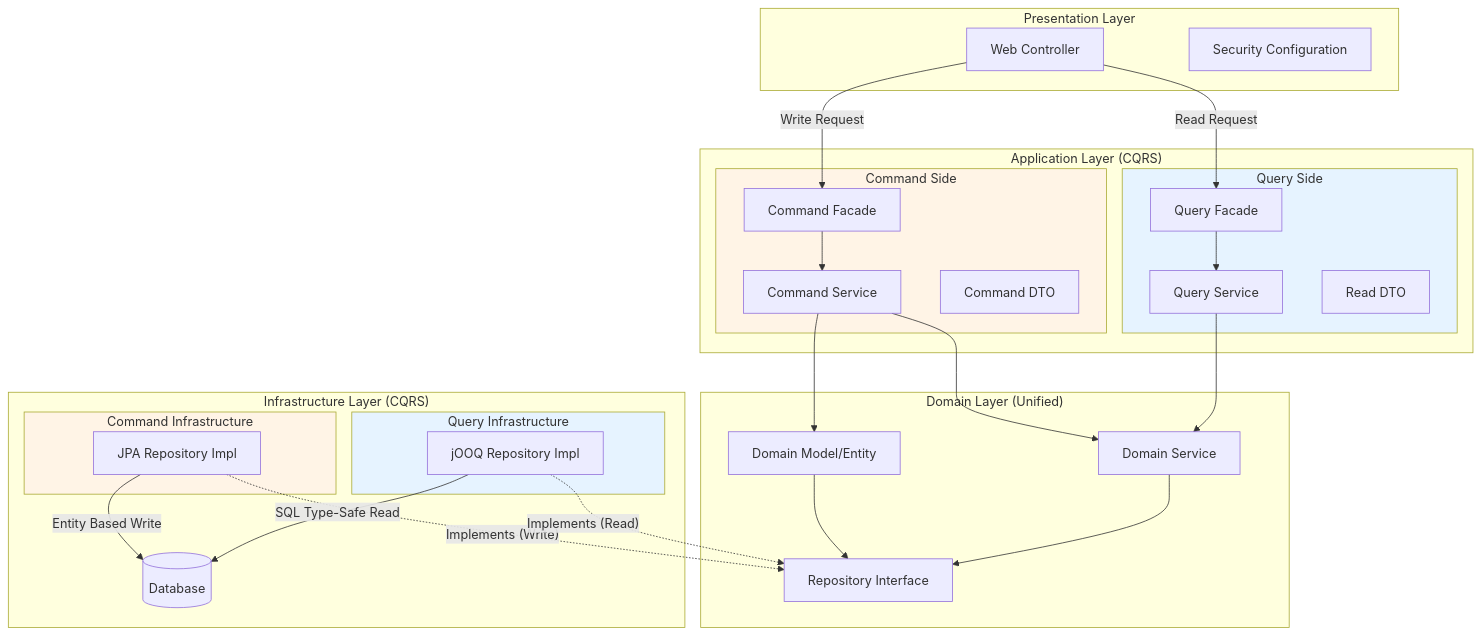
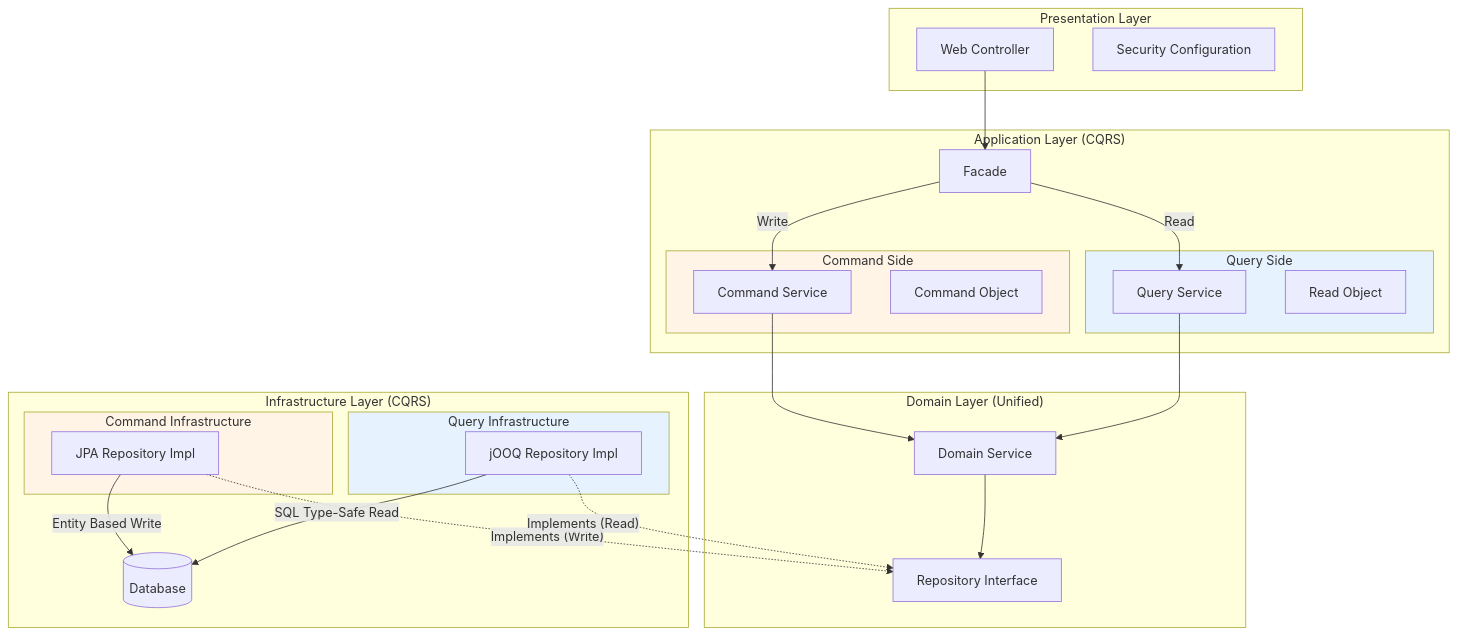
The first of 4 diagrams in README.md (PKNU-CERT-IS/BE), drawn with Mermaid before and after one commit. The commit also changed other lines of this file, not shown here.

Commit message:
Docs: Change structure integrated facade

````diff
--- a/README.md
+++ b/README.md
@@ -13,68 +14,65 @@
 ```mermaid
 graph TD
     subgraph Presentation ["Presentation Layer"]
         Controller["Web Controller"]
         Security["Security Configuration"]
     end
 
     subgraph Application ["Application Layer (CQRS)"]
+        Facade["Facade"]
+
         subgraph CommandSide ["Command Side"]
-            CommandFacade["Command Facade"]
             CommandService["Command Service"]
-            CommandDTO["Command DTO"]
+            CommandObject["Command Object"]
         end
-        
+
         subgraph QuerySide ["Query Side"]
-            QueryFacade["Query Facade"]
             QueryService["Query Service"]
-            QueryDTO["Read DTO"]
+            QueryObject["Read Object"]
         end
     end
-    
+
     subgraph Domain ["Domain Layer (Unified)"]
-        DomainModel["Domain Model/Entity"]
         DomainService["Domain Service"]
         RepoInterface["Repository Interface"]
     end
 
     subgraph Infrastructure ["Infrastructure Layer (CQRS)"]
         subgraph WriteInfra ["Command Infrastructure"]
             JPA_Impl["JPA Repository Impl"]
         end
-        
+
         subgraph ReadInfra ["Query Infrastructure"]
             JOOQ_Impl["jOOQ Repository Impl"]
         end
-        
+
         dbs[("Database")]
     end
 
     %% Controller to Application
-    Controller --> |"Write Request"| CommandFacade
-    Controller --> |"Read Request"| QueryFacade
-    
+    Controller --> Facade
+
+    %% Facade to Command/Query
+    Facade --> |"Write"| CommandService
+    Facade --> |"Read"| QueryService
+
     %% Application to Domain
-    CommandFacade --> CommandService
-    QueryFacade --> QueryService
-    
-    CommandService --> DomainModel
     CommandService --> DomainService
     QueryService --> DomainService
-    
+
     %% Domain to Repository Interface
-    DomainModel --> RepoInterface
     DomainService --> RepoInterface
-    
+
     %% Infrastructure Implementation (Inversion of Control)
     JPA_Impl -.-> |"Implements (Write)"| RepoInterface
     JOOQ_Impl -.-> |"Implements (Read)"| RepoInterface
-    
+
     %% Database Interaction
     JPA_Impl --> |"Entity Based Write"| dbs
     JOOQ_Impl --> |"SQL Type-Safe Read"| dbs
-    
+
     style CommandSide fill:#fff4e6
     style QuerySide fill:#e6f3ff
     style WriteInfra fill:#fff4e6
     style ReadInfra fill:#e6f3ff
 ```
````
